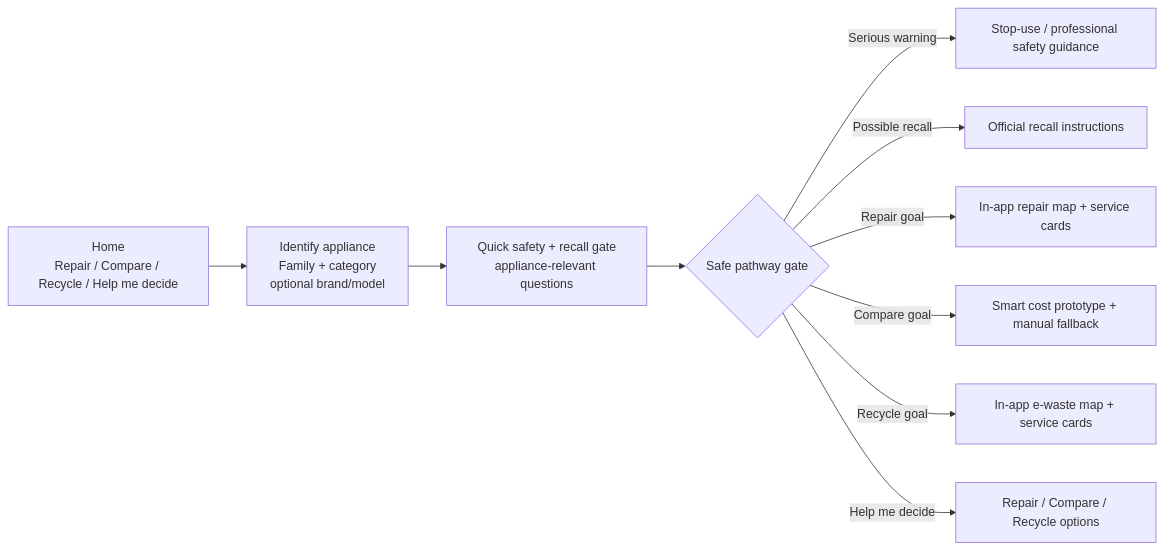
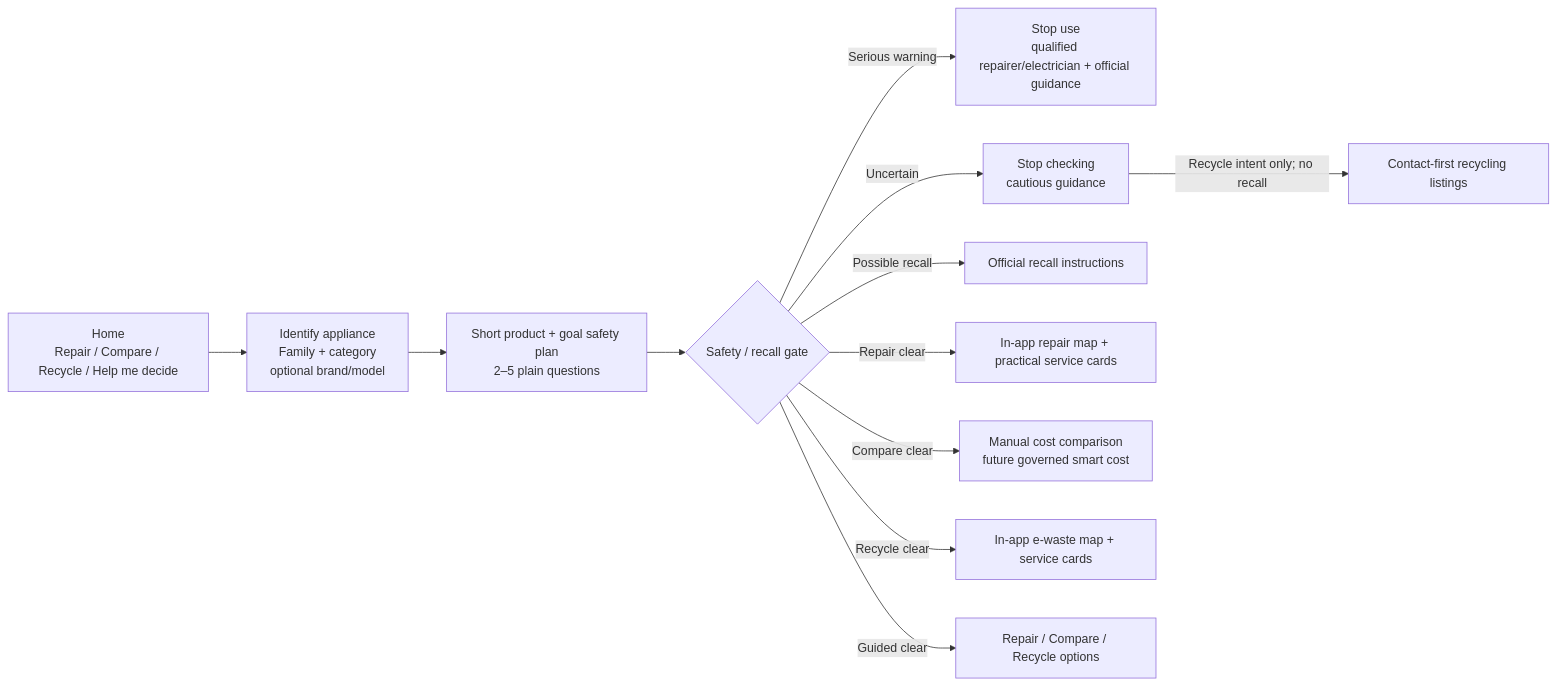
Before and after one commit to dilan-monash/fix-forward: the first of 2 diagrams in docs/ARCHITECTURE_I1_REDESIGN.md, drawn with Mermaid. The commit also changed other lines of this file and 27 other files, not shown here.

Commit message:
Build human-first FixForward usability prototype

````diff
--- a/docs/ARCHITECTURE_I1_REDESIGN.md
+++ b/docs/ARCHITECTURE_I1_REDESIGN.md
@@ -5,12 +5,14 @@
 ```mermaid
 flowchart LR
     H[Home\nRepair / Compare / Recycle / Help me decide] --> I[Identify appliance\nFamily + category\noptional brand/model]
-    I --> Q[Quick safety + recall gate\nappliance-relevant questions]
-    Q --> D{Safe pathway gate}
-    D -->|Serious warning| S[Stop-use / professional safety guidance]
+    I --> Q[Short product + goal safety plan\n2–5 plain questions]
+    Q --> D{Safety / recall gate}
+    D -->|Serious warning| S[Stop use\nqualified repairer/electrician + official guidance]
+    D -->|Uncertain| U[Stop checking\ncautious guidance]
     D -->|Possible recall| R[Official recall instructions]
-    D -->|Repair goal| M[In-app repair map + service cards]
-    D -->|Compare goal| C[Smart cost prototype + manual fallback]
-    D -->|Recycle goal| W[In-app e-waste map + service cards]
-    D -->|Help me decide| O[Repair / Compare / Recycle options]
+    D -->|Repair clear| M[In-app repair map + practical service cards]
+    D -->|Compare clear| C[Manual cost comparison\nfuture governed smart cost]
+    D -->|Recycle clear| W[In-app e-waste map + service cards]
+    D -->|Guided clear| O[Repair / Compare / Recycle options]
+    U -->|Recycle intent only; no recall| WC[Contact-first recycling listings]
 ```
````
